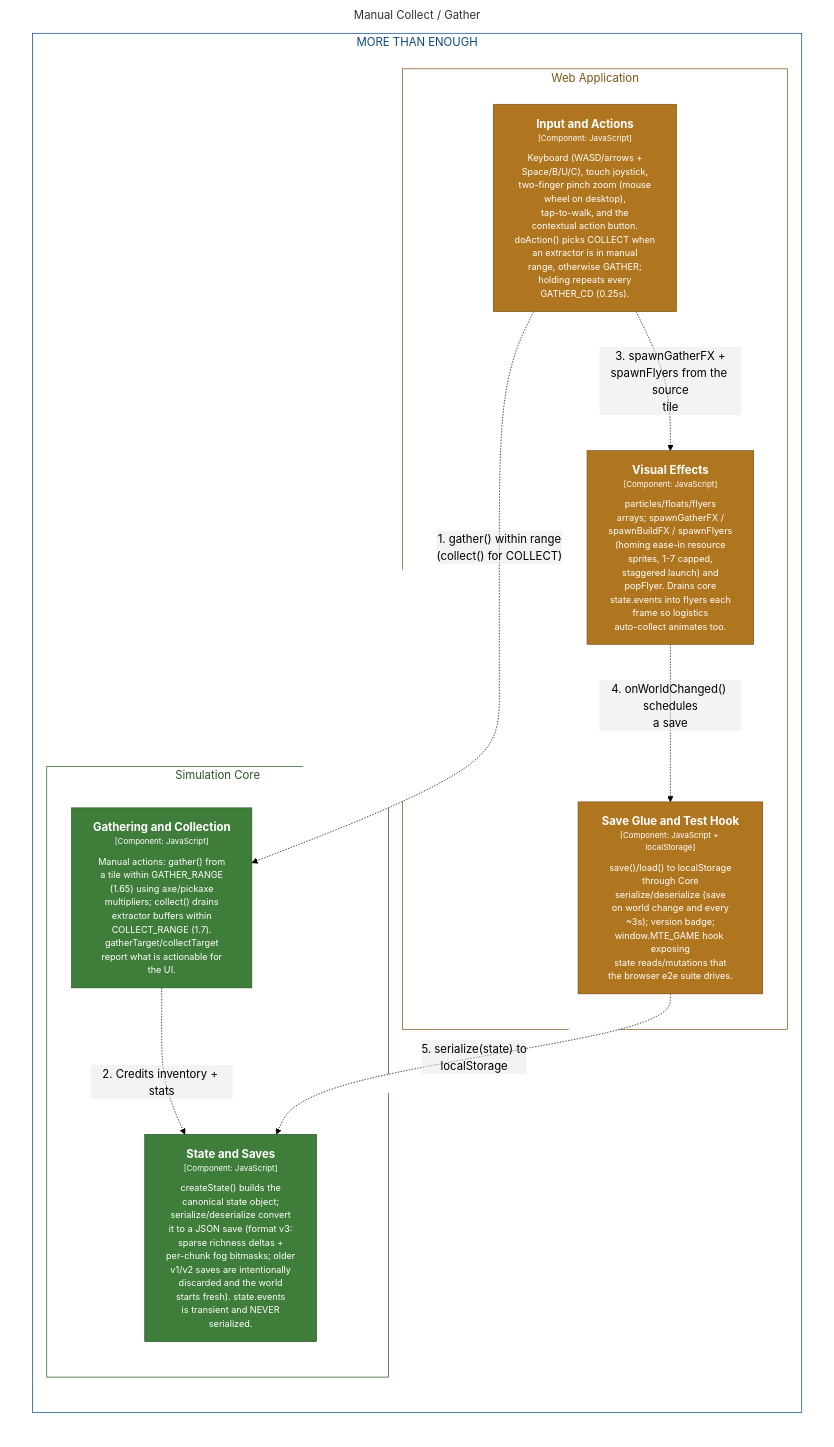
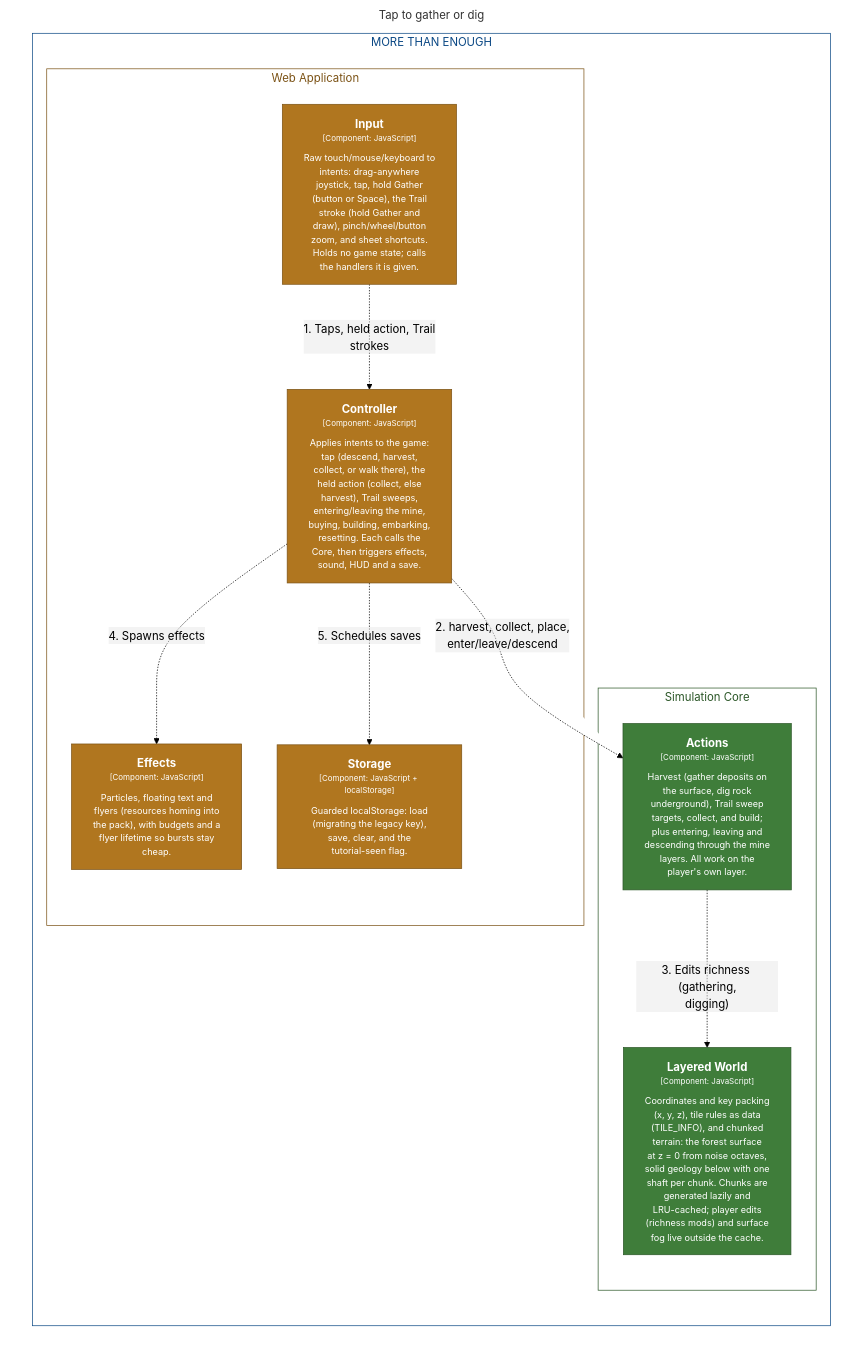
Before and after one commit to bitkojine/more-than-enough: the diagram in structurizr/diagrams/CollectFlow.mmd, drawn with Mermaid (forest theme). The commit also changed 67 other files, not shown here.

First line of the commit message:
v0.19.0: layered x,y,z world and modular rewrite

```diff
--- a/structurizr/diagrams/CollectFlow.mmd
+++ b/structurizr/diagrams/CollectFlow.mmd
@@ -1,39 +1,41 @@
 %% Generated from structurizr/workspace.dsl — do not edit; run: node structurizr/scripts/structurizr.mjs mermaid
 graph LR
   linkStyle default fill:#ffffff
 
-  subgraph diagram ["Manual Collect / Gather"]
+  subgraph diagram ["Tap to gather or dig"]
     style diagram fill:#ffffff,stroke:#ffffff
 
     subgraph 3 ["MORE THAN ENOUGH"]
       style 3 fill:#ffffff,stroke:#0b4884,color:#0b4884
 
-      subgraph 11 ["Simulation Core"]
-        style 11 fill:#ffffff,stroke:#2c5728,color:#2c5728
+      subgraph 14 ["Simulation Core"]
+        style 14 fill:#ffffff,stroke:#2c5728,color:#2c5728
 
-        13["<div style='font-weight: bold'>State and Saves</div><div style='font-size: 70%; margin-top: 0px'>[Component: JavaScript]</div><div style='font-size: 80%; margin-top:10px'>createState() builds the<br />canonical state object;<br />serialize/deserialize convert<br />it to a JSON save (format v3:<br />sparse richness deltas +<br />per-chunk fog bitmasks; older<br />v1/v2 saves are intentionally<br />discarded and the world<br />starts fresh). state.events<br />is transient and NEVER<br />serialized.</div>"]
-        style 13 fill:#3f7d3a,stroke:#2c5728,color:#ffffff
-        15["<div style='font-weight: bold'>Gathering and Collection</div><div style='font-size: 70%; margin-top: 0px'>[Component: JavaScript]</div><div style='font-size: 80%; margin-top:10px'>Manual actions: gather() from<br />a tile within GATHER_RANGE<br />(1.65) using axe/pickaxe<br />multipliers; collect() drains<br />extractor buffers within<br />COLLECT_RANGE (1.7).<br />gatherTarget/collectTarget<br />report what is actionable for<br />the UI.</div>"]
+        15["<div style='font-weight: bold'>Layered World</div><div style='font-size: 70%; margin-top: 0px'>[Component: JavaScript]</div><div style='font-size: 80%; margin-top:10px'>Coordinates and key packing<br />(x, y, z), tile rules as data<br />(TILE_INFO), and chunked<br />terrain: the forest surface<br />at z = 0 from noise octaves,<br />solid geology below with one<br />shaft per chunk. Chunks are<br />generated lazily and<br />LRU-cached; player edits<br />(richness mods) and surface<br />fog live outside the cache.</div>"]
         style 15 fill:#3f7d3a,stroke:#2c5728,color:#ffffff
+        18["<div style='font-weight: bold'>Actions</div><div style='font-size: 70%; margin-top: 0px'>[Component: JavaScript]</div><div style='font-size: 80%; margin-top:10px'>Harvest (gather deposits on<br />the surface, dig rock<br />underground), Trail sweep<br />targets, collect, and build;<br />plus entering, leaving and<br />descending through the mine<br />layers. All work on the<br />player's own layer.</div>"]
+        style 18 fill:#3f7d3a,stroke:#2c5728,color:#ffffff
       end
 
       subgraph 4 ["Web Application"]
         style 4 fill:#ffffff,stroke:#7b5215,color:#7b5215
 
-        10["<div style='font-weight: bold'>Save Glue and Test Hook</div><div style='font-size: 70%; margin-top: 0px'>[Component: JavaScript + localStorage]</div><div style='font-size: 80%; margin-top:10px'>save()/load() to localStorage<br />through Core<br />serialize/deserialize (save<br />on world change and every<br />~3s); version badge;<br />window.MTE_GAME hook exposing<br />state reads/mutations that<br />the browser e2e suite drives.</div>"]
+        10["<div style='font-weight: bold'>Effects</div><div style='font-size: 70%; margin-top: 0px'>[Component: JavaScript]</div><div style='font-size: 80%; margin-top:10px'>Particles, floating text and<br />flyers (resources homing into<br />the pack), with budgets and a<br />flyer lifetime so bursts stay<br />cheap.</div>"]
         style 10 fill:#b0761f,stroke:#7b5215,color:#ffffff
-        5["<div style='font-weight: bold'>Input and Actions</div><div style='font-size: 70%; margin-top: 0px'>[Component: JavaScript]</div><div style='font-size: 80%; margin-top:10px'>Keyboard (WASD/arrows +<br />Space/B/U/C), touch joystick,<br />two-finger pinch zoom (mouse<br />wheel on desktop),<br />tap-to-walk, and the<br />contextual action button.<br />doAction() picks COLLECT when<br />an extractor is in manual<br />range, otherwise GATHER;<br />holding repeats every<br />GATHER_CD (0.25s).</div>"]
-        style 5 fill:#b0761f,stroke:#7b5215,color:#ffffff
-        7["<div style='font-weight: bold'>Visual Effects</div><div style='font-size: 70%; margin-top: 0px'>[Component: JavaScript]</div><div style='font-size: 80%; margin-top:10px'>particles/floats/flyers<br />arrays; spawnGatherFX /<br />spawnBuildFX / spawnFlyers<br />(homing ease-in resource<br />sprites, 1-7 capped,<br />staggered launch) and<br />popFlyer. Drains core<br />state.events into flyers each<br />frame so logistics<br />auto-collect animates too.</div>"]
+        13["<div style='font-weight: bold'>Storage</div><div style='font-size: 70%; margin-top: 0px'>[Component: JavaScript + localStorage]</div><div style='font-size: 80%; margin-top:10px'>Guarded localStorage: load<br />(migrating the legacy key),<br />save, clear, and the<br />tutorial-seen flag.</div>"]
+        style 13 fill:#b0761f,stroke:#7b5215,color:#ffffff
+        6["<div style='font-weight: bold'>Input</div><div style='font-size: 70%; margin-top: 0px'>[Component: JavaScript]</div><div style='font-size: 80%; margin-top:10px'>Raw touch/mouse/keyboard to<br />intents: drag-anywhere<br />joystick, tap, hold Gather<br />(button or Space), the Trail<br />stroke (hold Gather and<br />draw), pinch/wheel/button<br />zoom, and sheet shortcuts.<br />Holds no game state; calls<br />the handlers it is given.</div>"]
+        style 6 fill:#b0761f,stroke:#7b5215,color:#ffffff
+        7["<div style='font-weight: bold'>Controller</div><div style='font-size: 70%; margin-top: 0px'>[Component: JavaScript]</div><div style='font-size: 80%; margin-top:10px'>Applies intents to the game:<br />tap (descend, harvest,<br />collect, or walk there), the<br />held action (collect, else<br />harvest), Trail sweeps,<br />entering/leaving the mine,<br />buying, building, embarking,<br />resetting. Each calls the<br />Core, then triggers effects,<br />sound, HUD and a save.</div>"]
         style 7 fill:#b0761f,stroke:#7b5215,color:#ffffff
       end
 
     end
 
-    5-. "<div>1. gather() within range<br />(collect() for COLLECT)</div><div style='font-size: 70%'></div>" .->15
-    15-. "<div>2. Credits inventory + stats</div><div style='font-size: 70%'></div>" .->13
-    5-. "<div>3. spawnGatherFX +<br />spawnFlyers from the source<br />tile</div><div style='font-size: 70%'></div>" .->7
-    7-. "<div>4. onWorldChanged() schedules<br />a save</div><div style='font-size: 70%'></div>" .->10
-    10-. "<div>5. serialize(state) to<br />localStorage</div><div style='font-size: 70%'></div>" .->13
+    6-. "<div>1. Taps, held action, Trail<br />strokes</div><div style='font-size: 70%'></div>" .->7
+    7-. "<div>2. harvest, collect, place,<br />enter/leave/descend</div><div style='font-size: 70%'></div>" .->18
+    18-. "<div>3. Edits richness (gathering,<br />digging)</div><div style='font-size: 70%'></div>" .->15
+    7-. "<div>4. Spawns effects</div><div style='font-size: 70%'></div>" .->10
+    7-. "<div>5. Schedules saves</div><div style='font-size: 70%'></div>" .->13
 
   end
```
